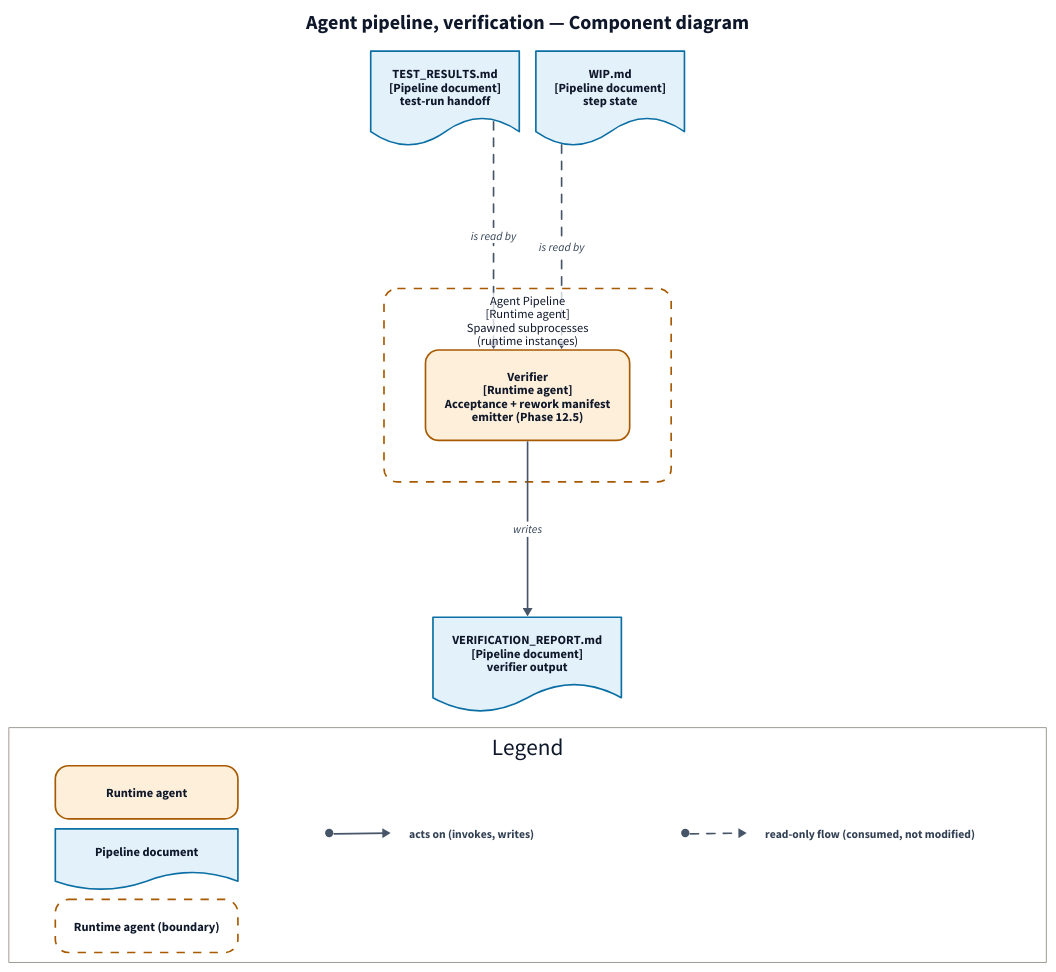
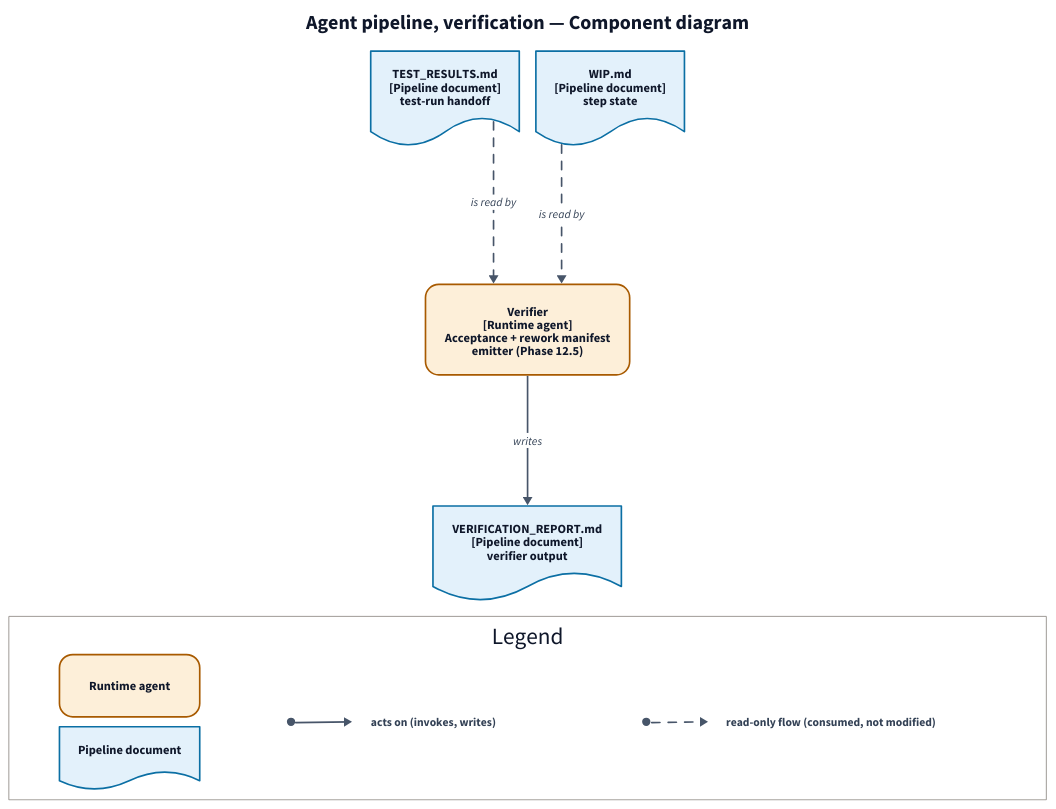
Before and after one commit to francisco-perez-sorrosal/praxion: the diagram in docs/diagrams/architecture/rendered/agent_pipeline_verify.d2, drawn with D2. The commit also changed 9 other files, not shown here.

First line of the commit message:
feat(diagrams): Draw the forward-flow views without the pipeline frame

```diff
--- a/docs/diagrams/architecture/rendered/agent_pipeline_verify.d2
+++ b/docs/diagrams/architecture/rendered/agent_pipeline_verify.d2
@@ -1,185 +1,165 @@
 direction: down
 vars: {
   d2-config: {
     layout-engine: elk
     pad: 40
     theme-overrides: {
       N1: "#0F172A"
       N2: "#334155"
       N7: "#FFFFFF"
     }
   }
 }
 classes: {
   category_runtime_agent: {
     shape: rectangle
     style: {
       fill: "#FDEFD9"
       stroke: "#A85A00"
       stroke-width: 2
       font-color: "#0F172A"
       font-size: 15
       border-radius: 16
     }
   }
   category_pipeline_document: {
     shape: document
     style: {
       fill: "#E3F1FB"
       stroke: "#0B6FA4"
       stroke-width: 2
       font-color: "#0F172A"
       font-size: 15
-    }
-  }
-  category_runtime_agent_frame: {
-    shape: rectangle
-    style: {
-      fill: transparent
-      stroke: "#A85A00"
-      stroke-width: 2
-      font-color: "#0F172A"
-      font-size: 15
-      stroke-dash: 5
-      border-radius: 16
     }
   }
   line_acts_on: {
     style: {
       fill: "#FFFFFF"
       stroke: "#475569"
       stroke-width: 2
       font-color: "#334155"
       font-size: 14
     }
   }
   line_read_only: {
     style: {
       fill: "#FFFFFF"
       stroke: "#475569"
       stroke-width: 2
       font-color: "#334155"
       font-size: 14
       stroke-dash: 5
     }
   }
 }
 Title: {
   label: "Agent pipeline, verification — Component diagram"
   shape: text
   near: top-center
   style: {
     font-size: 24
     bold: true
     font-color: "#0F172A"
   }
 }
 "el_praxion.orchestration.doc_test": {
   label: "TEST_RESULTS.md\n[Pipeline document]\ntest-run handoff"
   class: category_pipeline_document
 }
 "el_praxion.orchestration.doc_verify": {
   label: "VERIFICATION_REPORT.md\n[Pipeline document]\nverifier output"
   class: category_pipeline_document
 }
 "el_praxion.orchestration.doc_wip": {
   label: "WIP.md\n[Pipeline document]\nstep state"
   class: category_pipeline_document
 }
-"el_praxion.orchestration.pipeline": {
-  label: "Agent Pipeline\n[Runtime agent]\nSpawned subprocesses\n(runtime instances)"
-  class: category_runtime_agent_frame
-  "el_praxion.orchestration.pipeline.verifier": {
-    label: "Verifier\n[Runtime agent]\nAcceptance + rework manifest\nemitter (Phase 12.5)"
-    class: category_runtime_agent
-  }
+"el_praxion.orchestration.pipeline.verifier": {
+  label: "Verifier\n[Runtime agent]\nAcceptance + rework manifest\nemitter (Phase 12.5)"
+  class: category_runtime_agent
 }
 Legend: {
   label: "Legend"
   near: bottom-center
   grid-columns: 3
   width: 1250
   horizontal-gap: 56
   vertical-gap: 12
   style: {
     fill: "#FFFFFF"
     stroke: "#8C8780"
     stroke-width: 1
     font-color: "#0F172A"
   }
   category_runtime_agent: {
     label: "Runtime agent"
     class: category_runtime_agent
   }
   category_pipeline_document: {
     label: "Pipeline document"
     class: category_pipeline_document
-  }
-  category_runtime_agent_frame: {
-    label: "Runtime agent (boundary)"
-    class: category_runtime_agent_frame
   }
   line_acts_on_sample: {
     label: ""
     direction: right
     style: {
       fill: transparent
       stroke-width: 0
     }
     tail: {
       label: ""
       shape: circle
       width: 8
       height: 8
       style: {
         fill: "#475569"
         stroke: "#475569"
       }
     }
     caption: {
       label: "acts on (invokes, writes)"
       style: {
         fill: transparent
         stroke-width: 0
         font-size: 14
         font-color: "#334155"
       }
     }
     tail -> caption: {
       class: line_acts_on
     }
   }
   line_read_only_sample: {
     label: ""
     direction: right
     style: {
       fill: transparent
       stroke-width: 0
     }
     tail: {
       label: ""
       shape: circle
       width: 8
       height: 8
       style: {
         fill: "#475569"
         stroke: "#475569"
       }
     }
     caption: {
       label: "read-only flow (consumed, not modified)"
       style: {
         fill: transparent
         stroke-width: 0
         font-size: 14
         font-color: "#334155"
       }
     }
     tail -> caption: {
       class: line_read_only
     }
   }
 }
-"el_praxion.orchestration.doc_test" -> "el_praxion.orchestration.pipeline"."el_praxion.orchestration.pipeline.verifier": "is read by" {class: line_read_only}
-"el_praxion.orchestration.doc_wip" -> "el_praxion.orchestration.pipeline"."el_praxion.orchestration.pipeline.verifier": "is read by" {class: line_read_only}
-"el_praxion.orchestration.pipeline"."el_praxion.orchestration.pipeline.verifier" -> "el_praxion.orchestration.doc_verify": "writes" {class: line_acts_on}
+"el_praxion.orchestration.doc_test" -> "el_praxion.orchestration.pipeline.verifier": "is read by" {class: line_read_only}
+"el_praxion.orchestration.doc_wip" -> "el_praxion.orchestration.pipeline.verifier": "is read by" {class: line_read_only}
+"el_praxion.orchestration.pipeline.verifier" -> "el_praxion.orchestration.doc_verify": "writes" {class: line_acts_on}
```
